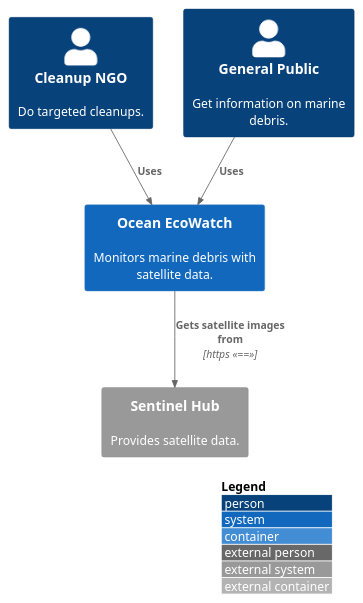
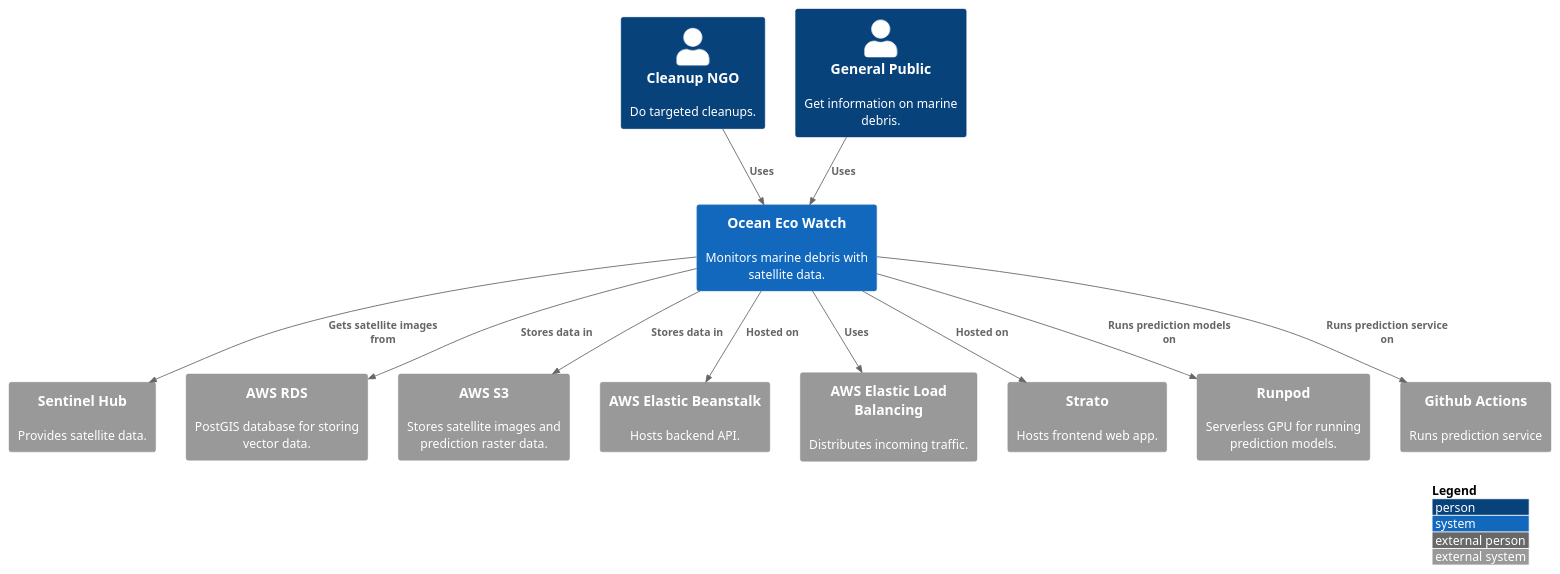
The diagram in docs/diagrams/puml/system_context_diagram.puml (OceanEcoWatch/PlasticDetectionService), drawn with PlantUML before and after one commit. The commit also changed 27 other files, not shown here.

```diff
--- a/docs/diagrams/puml/system_context_diagram.puml
+++ b/docs/diagrams/puml/system_context_diagram.puml
@@ -1,15 +1,30 @@
 @startuml C4_Context_Diagram
-!include https://raw.githubusercontent.com/plantuml-stdlib/C4-PlantUML/master/C4_Container.puml
+!include https://raw.githubusercontent.com/plantuml-stdlib/C4-PlantUML/master/C4_Context.puml
 
 LAYOUT_WITH_LEGEND()
 
 Person(ngo, "Cleanup NGO", "Do targeted cleanups.")
 Person(user, "General Public", "Get information on marine debris.")
-System(OceanEcoWatch, "Ocean EcoWatch", "Monitors marine debris with satellite data.")
+System(OceanEcoWatch, "Ocean Eco Watch", "Monitors marine debris with satellite data.")
 System_Ext(SentinelHub, "Sentinel Hub", "Provides satellite data.")
+System_Ext(AwsRds, "AWS RDS", "PostGIS database for storing vector data.")
+System_Ext(AwsS3, "AWS S3", "Stores satellite images and prediction raster data.")
+System_Ext(AwsElasticBeanstalk, "AWS Elastic Beanstalk", "Hosts backend API.")
+System_Ext(AwsElasticLoadBalancing, "AWS Elastic Load Balancing", "Distributes incoming traffic.")
+System_Ext(Strato, "Strato", "Hosts frontend web app.")
+System_Ext(Runpod, "Runpod", "Serverless GPU for running prediction models.")
+System_Ext(GithubActions, "Github Actions", "Runs prediction service")
 
 Rel(ngo, OceanEcoWatch, "Uses")
 Rel(user, OceanEcoWatch, "Uses")
-Rel(OceanEcoWatch, SentinelHub, "Gets satellite images from", "https <<==>>")
+Rel(OceanEcoWatch, SentinelHub, "Gets satellite images from")
+Rel(OceanEcoWatch, AwsRds, "Stores data in")
+Rel(OceanEcoWatch, AwsS3, "Stores data in")
+Rel(OceanEcoWatch, AwsElasticBeanstalk, "Hosted on")
+Rel(OceanEcoWatch, AwsElasticLoadBalancing, "Uses")
+Rel(OceanEcoWatch, Strato, "Hosted on")
+Rel(OceanEcoWatch, Runpod, "Runs prediction models on")
+Rel(OceanEcoWatch, GithubActions, "Runs prediction service on")
+
 
 @enduml
```
